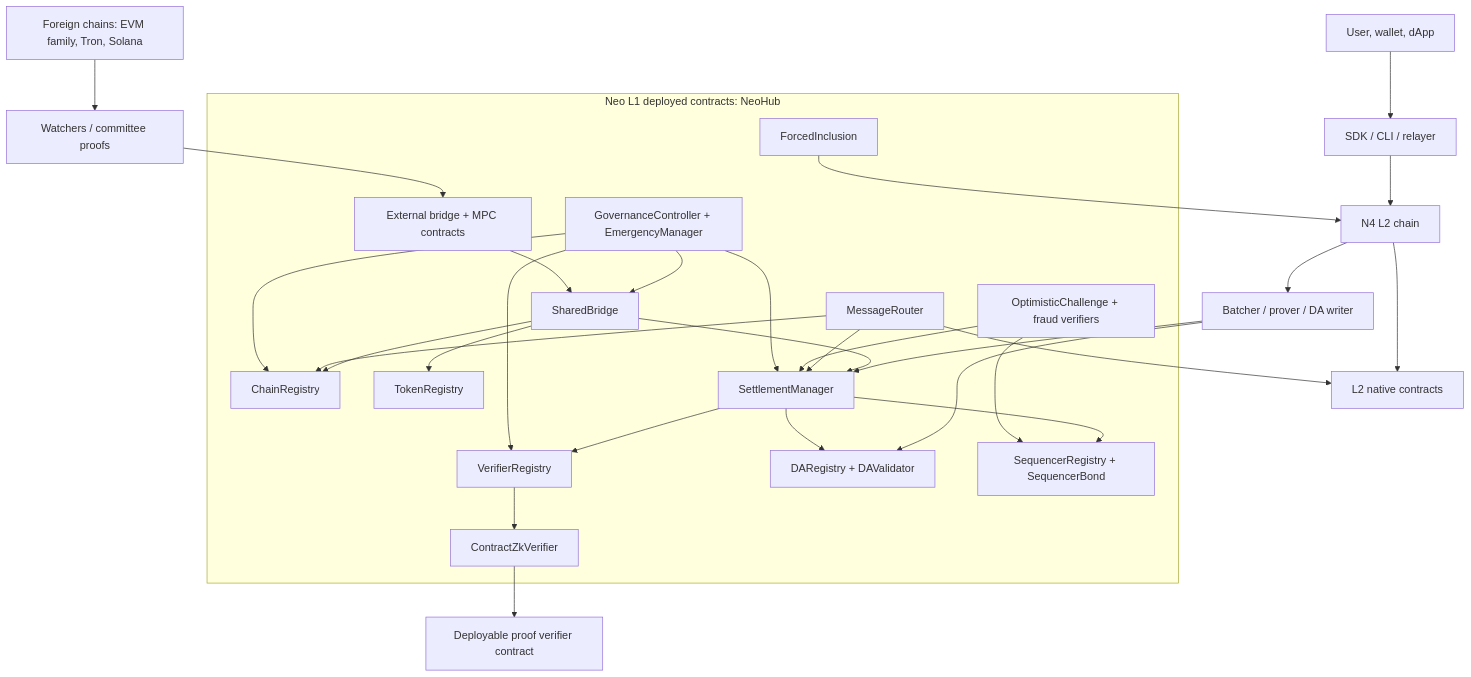
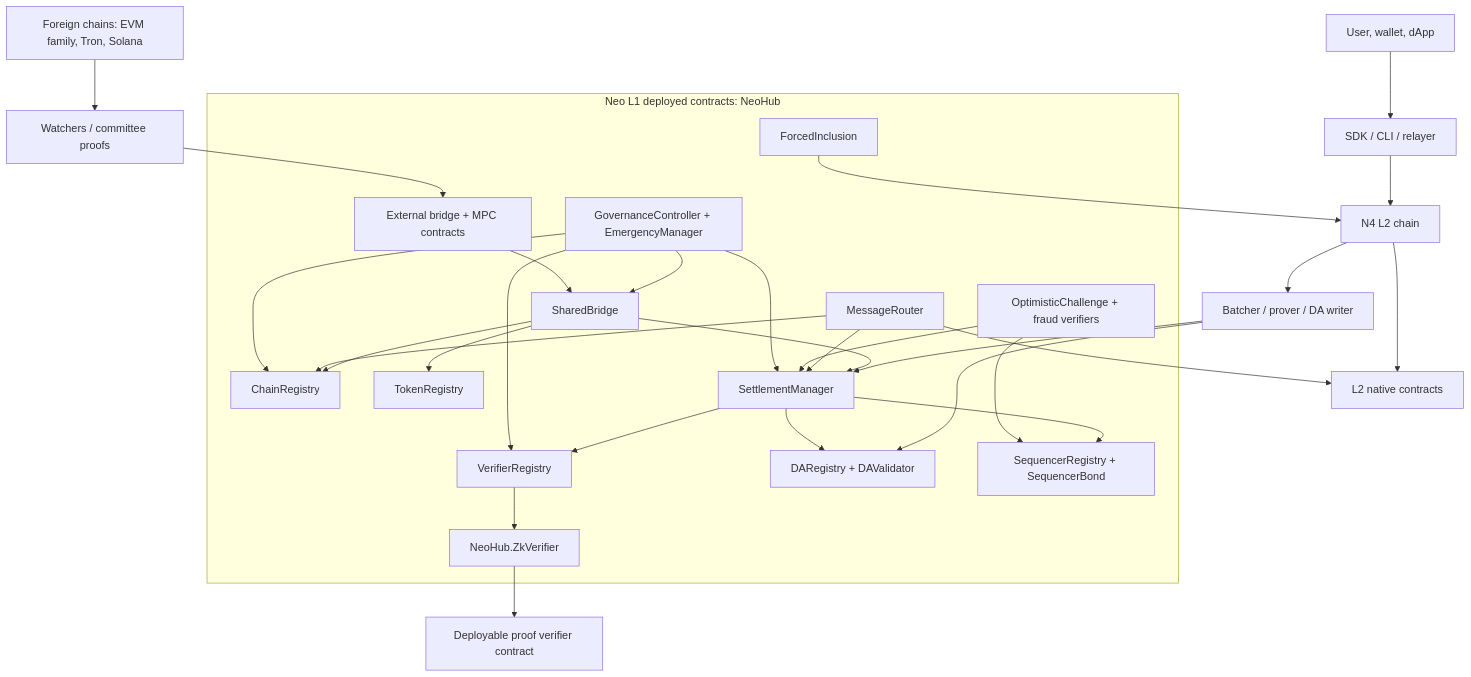
The first of 10 diagrams in docs/neohub-architecture-and-workflows.md (r3e-network/neo-n4), drawn with Mermaid before and after one commit. The commit also changed other lines of this file and 220 other files, not shown here.

First line of the commit message:
feat: architecture optimization - security hardening, testing infra, docs system

````diff
--- a/docs/neohub-architecture-and-workflows.md
+++ b/docs/neohub-architecture-and-workflows.md
@@ -39,48 +47,48 @@
 ```mermaid
 flowchart TB
     user["User, wallet, dApp"] --> sdk["SDK / CLI / relayer"]
     sdk --> l2["N4 L2 chain"]
     l2 --> batcher["Batcher / prover / DA writer"]
     l2 --> l2native["L2 native contracts"]
 
     subgraph l1["Neo L1 deployed contracts: NeoHub"]
         chain["ChainRegistry"]
         token["TokenRegistry"]
         bridge["SharedBridge"]
         settle["SettlementManager"]
         verifier["VerifierRegistry"]
-        nativezk["ContractZkVerifier"]
+        nativezk["NeoHub.ZkVerifier"]
         msg["MessageRouter"]
         da["DARegistry + DAValidator"]
         seq["SequencerRegistry + SequencerBond"]
         force["ForcedInclusion"]
         challenge["OptimisticChallenge + fraud verifiers"]
         gov["GovernanceController + EmergencyManager"]
         ext["External bridge + MPC contracts"]
     end
 
     batcher --> da
     batcher --> settle
     settle --> verifier
     verifier --> nativezk
     nativezk --> nativeacc["Deployable proof verifier contract"]
     settle --> da
     settle --> seq
     bridge --> token
     bridge --> chain
     bridge --> settle
     msg --> chain
     msg --> settle
     msg --> l2native
     force --> l2
     challenge --> settle
     challenge --> seq
     gov --> chain
     gov --> verifier
     gov --> bridge
     gov --> settle
     ext --> bridge
 
     foreign["Foreign chains: EVM family, Tron, Solana"] --> watcher["Watchers / committee proofs"]
     watcher --> ext
 ```
````
